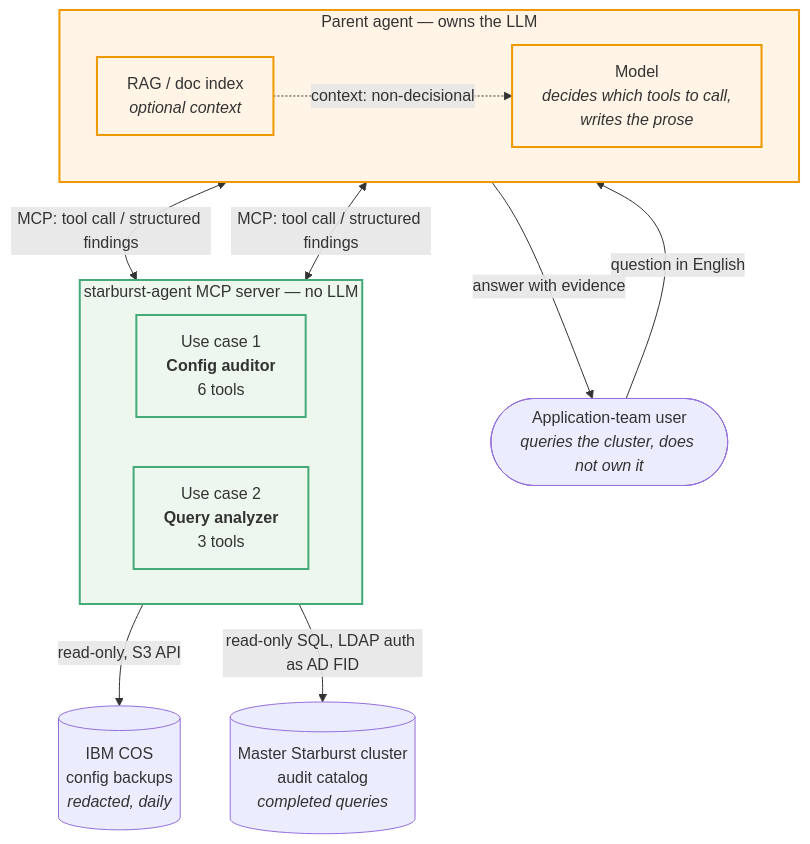
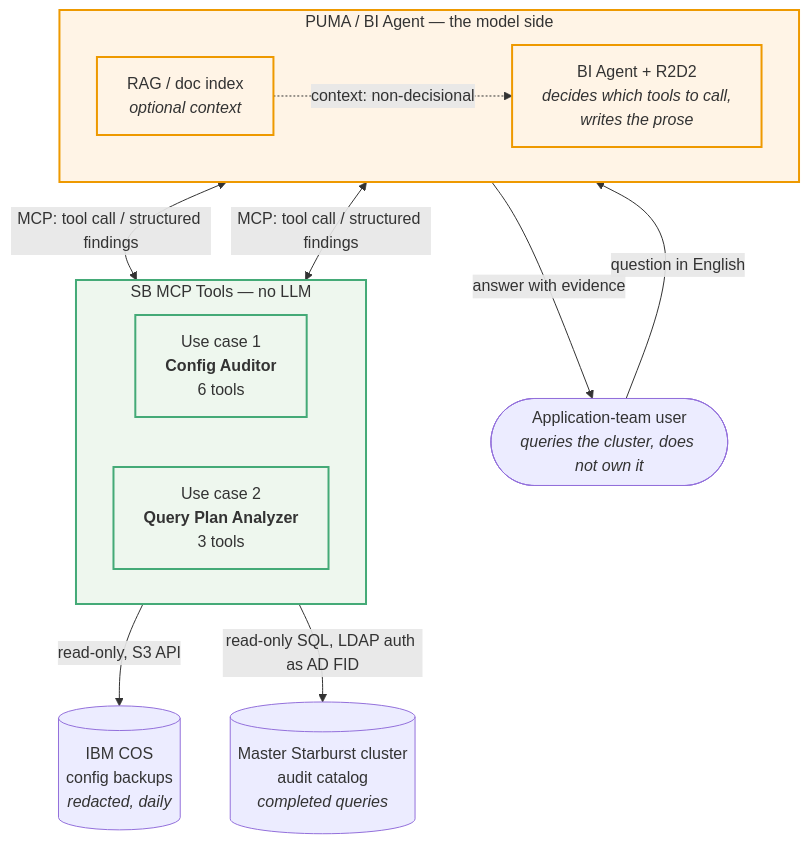
The third of 8 diagrams in architecture.md (gopinathnelluri/sb-agent), drawn with Mermaid before and after one commit. The commit also changed other lines of this file, not shown here.

First line of the commit message:
Correct the component diagram to the real system

````diff
--- a/architecture.md
+++ b/architecture.md
@@ -122,32 +140,32 @@
 ```mermaid
 flowchart TB
     user(["Application-team user<br/><i>queries the cluster, does not own it</i>"])
 
-    subgraph agent["Parent agent — owns the LLM"]
+    subgraph agent["PUMA / BI Agent — the model side"]
         direction LR
-        llm["Model<br/><i>decides which tools to call,<br/>writes the prose</i>"]
+        llm["BI Agent + R2D2<br/><i>decides which tools to call,<br/>writes the prose</i>"]
         rag["RAG / doc index<br/><i>optional context</i>"]
     end
 
-    subgraph mcp["starburst-agent MCP server — no LLM"]
+    subgraph mcp["SB MCP Tools — no LLM"]
         direction LR
-        uc1["Use case 1<br/><b>Config auditor</b><br/>6 tools"]
-        uc2["Use case 2<br/><b>Query analyzer</b><br/>3 tools"]
+        uc1["Use case 1<br/><b>Config Auditor</b><br/>6 tools"]
+        uc2["Use case 2<br/><b>Query Plan Analyzer</b><br/>3 tools"]
     end
 
     cos[("IBM COS<br/>config backups<br/><i>redacted, daily</i>")]
     audit[("Master Starburst cluster<br/>audit catalog<br/><i>completed queries</i>")]
 
     user -->|"question in English"| llm
     llm -->|"answer with evidence"| user
     rag -.->|"context: non-decisional"| llm
     llm <-->|"MCP: tool call / structured findings"| uc1
     llm <-->|"MCP: tool call / structured findings"| uc2
     uc1 -->|"read-only, S3 API"| cos
     uc2 -->|"read-only SQL, LDAP auth as AD FID"| audit
 
     classDef nollm fill:#eef7ee,stroke:#4a7,stroke-width:2px
     classDef hasllm fill:#fff4e6,stroke:#e90,stroke-width:2px
     class mcp,uc1,uc2 nollm
     class agent,llm,rag hasllm
 ```
````
